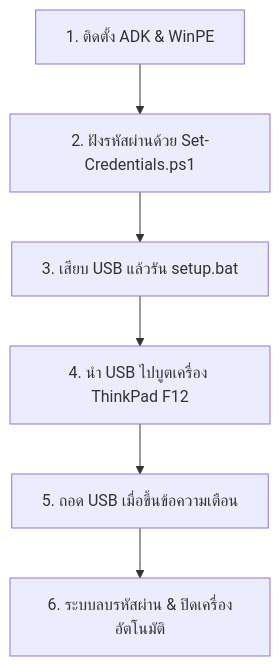
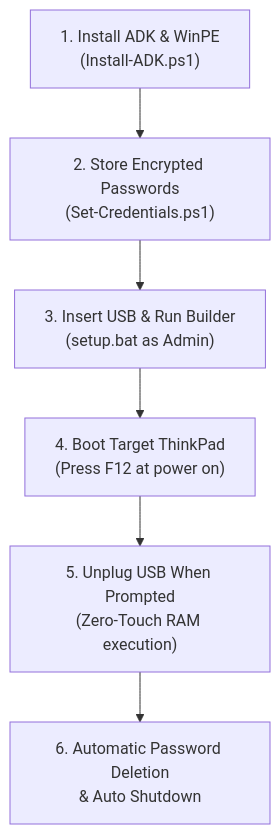
One commit to Ratthabhumi/USB_PasswordDeleter changed the diagram in README.md. Above: the diagram before and after it, drawn with Mermaid. The commit also changed other lines of this file and 7 other files, not shown here.

````diff
--- a/README.md
+++ b/README.md
@@ -29,8 +37,8 @@
 ```mermaid
 flowchart TD
-    A[1. ติดตั้ง ADK & WinPE] --> B[2. ฝังรหัสผ่านด้วย Set-Credentials.ps1]
-    B --> C[3. เสียบ USB แล้วรัน setup.bat]
-    C --> D[4. นำ USB ไปบูตเครื่อง ThinkPad F12]
-    D --> E[5. ถอด USB เมื่อขึ้นข้อความเตือน]
-    E --> F[6. ระบบลบรหัสผ่าน & ปิดเครื่องอัตโนมัติ]
+    A["1. Install ADK & WinPE<br/>(Install-ADK.ps1)"] --> B["2. Store Encrypted Passwords<br/>(Set-Credentials.ps1)"]
+    B --> C["3. Insert USB & Run Builder<br/>(setup.bat as Admin)"]
+    C --> D["4. Boot Target ThinkPad<br/>(Press F12 at power on)"]
+    D --> E["5. Unplug USB When Prompted<br/>(Zero-Touch RAM execution)"]
+    E --> F["6. Automatic Password Deletion<br/>& Auto Shutdown"]
 ```
````
